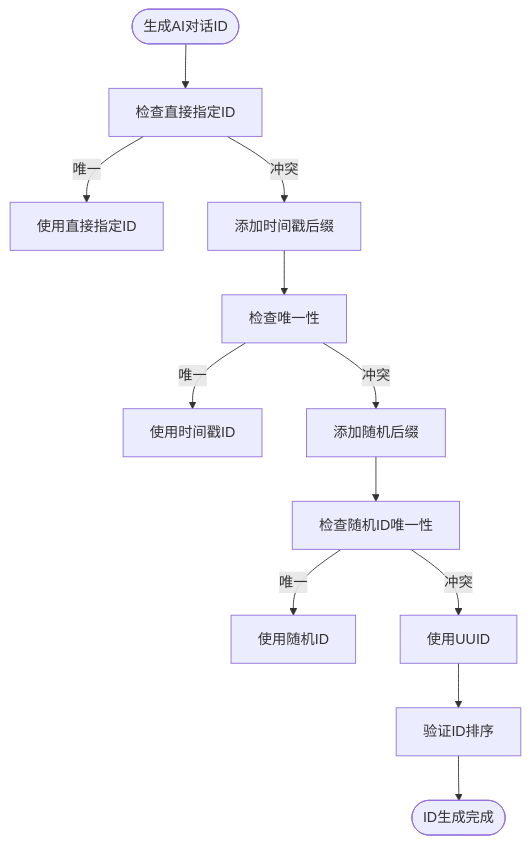
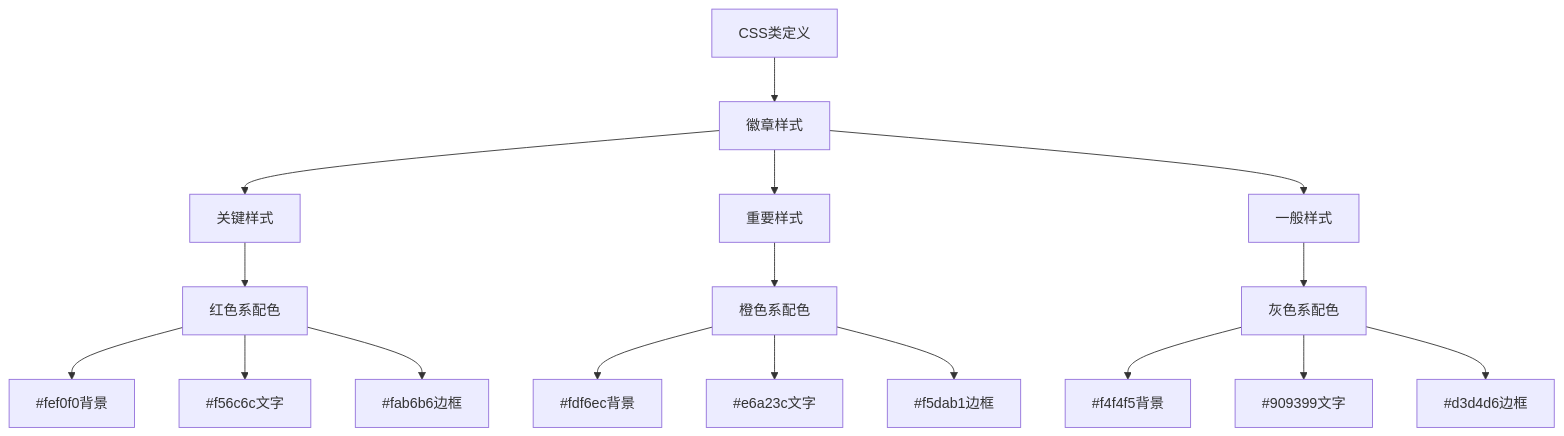
Before and after one commit to liuzh2008/med_ai_assistant_workspace: the sixth of 28 diagrams in .qoder/repowiki/zh/content/核心功能模块/AI诊断辅助系统.md, drawn with Mermaid. The commit also changed other lines of this file and 6 other files, not shown here.

````diff
--- a/.qoder/repowiki/zh/content/核心功能模块/AI诊断辅助系统.md
+++ b/.qoder/repowiki/zh/content/核心功能模块/AI诊断辅助系统.md
@@ -500,14 +547,19 @@
 ```mermaid
 flowchart TD
-Start(["生成AI对话ID"]) --> CheckDirect["检查直接指定ID"]
-CheckDirect --> |唯一| UseDirect["使用直接指定ID"]
-CheckDirect --> |冲突| CheckTimestamp["添加时间戳后缀"]
-CheckTimestamp --> CheckUnique["检查唯一性"]
-CheckUnique --> |唯一| UseTimestamp["使用时间戳ID"]
-CheckUnique --> |冲突| CheckRandom["添加随机后缀"]
-CheckRandom --> CheckRandomUnique["检查随机ID唯一性"]
-CheckRandomUnique --> |唯一| UseRandom["使用随机ID"]
-CheckRandomUnique --> |冲突| UseUUID["使用UUID"]
-UseUUID --> ValidateOrder["验证ID排序"]
-ValidateOrder --> End(["ID生成完成"])
+CSSClasses["CSS类定义"] --> BadgeStyle["徽章样式"]
+BadgeStyle --> CriticalStyle["关键样式"]
+BadgeStyle --> ImportantStyle["重要样式"]
+BadgeStyle --> NormalStyle["一般样式"]
+CriticalStyle --> RedScheme["红色系配色"]
+ImportantStyle --> OrangeScheme["橙色系配色"]
+NormalStyle --> GrayScheme["灰色系配色"]
+RedScheme --> RedBackground["#fef0f0背景"]
+RedScheme --> RedText["#f56c6c文字"]
+RedScheme --> RedBorder["#fab6b6边框"]
+OrangeScheme --> OrangeBackground["#fdf6ec背景"]
+OrangeScheme --> OrangeText["#e6a23c文字"]
+OrangeScheme --> OrangeBorder["#f5dab1边框"]
+GrayScheme --> GrayBackground["#f4f4f5背景"]
+GrayScheme --> GrayText["#909399文字"]
+GrayScheme --> GrayBorder["#d3d4d6边框"]
 ```
````
